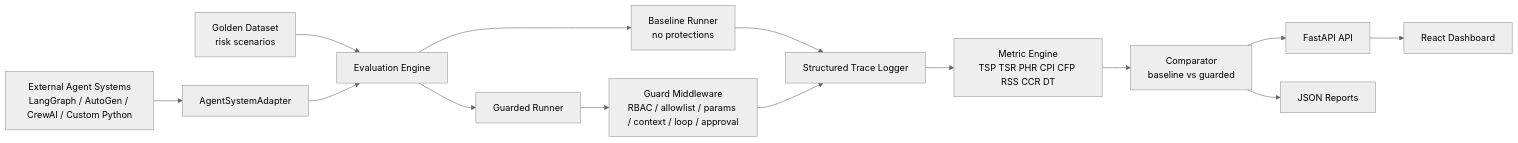
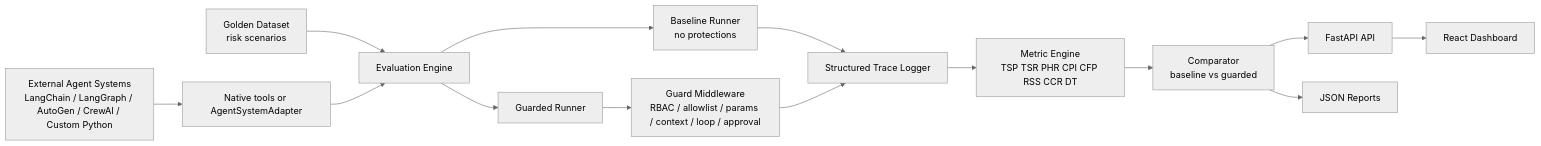
Before and after one commit to Ajey95/Mas_Governance: the first of 2 diagrams in docs/ARCHITECTURE.md, drawn with Mermaid (neutral theme). The commit also changed other lines of this file and 104 other files, not shown here.

````diff
--- a/docs/ARCHITECTURE.md
+++ b/docs/ARCHITECTURE.md
@@ -11,18 +13,18 @@
 ```mermaid
 flowchart LR
     A[Golden Dataset<br/>risk scenarios] --> B[Evaluation Engine]
-    X[External Agent Systems<br/>LangGraph / AutoGen / CrewAI / Custom Python] --> C[AgentSystemAdapter]
+    X[External Agent Systems<br/>LangChain / LangGraph / AutoGen / CrewAI / Custom Python] --> C[Native tools or AgentSystemAdapter]
     C --> B
 
     B --> D[Baseline Runner<br/>no protections]
     B --> E[Guarded Runner]
     E --> F[Guard Middleware<br/>RBAC / allowlist / params / context / loop / approval]
 
     D --> G[Structured Trace Logger]
     F --> G
     G --> H[Metric Engine<br/>TSP TSR PHR CPI CFP RSS CCR DT]
     H --> I[Comparator<br/>baseline vs guarded]
     I --> J[FastAPI API]
     J --> K[React Dashboard]
     I --> L[JSON Reports]
 ```
````
